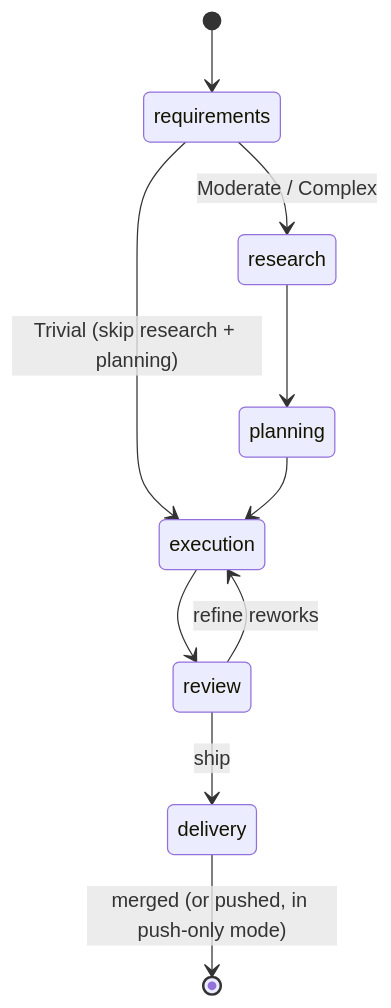
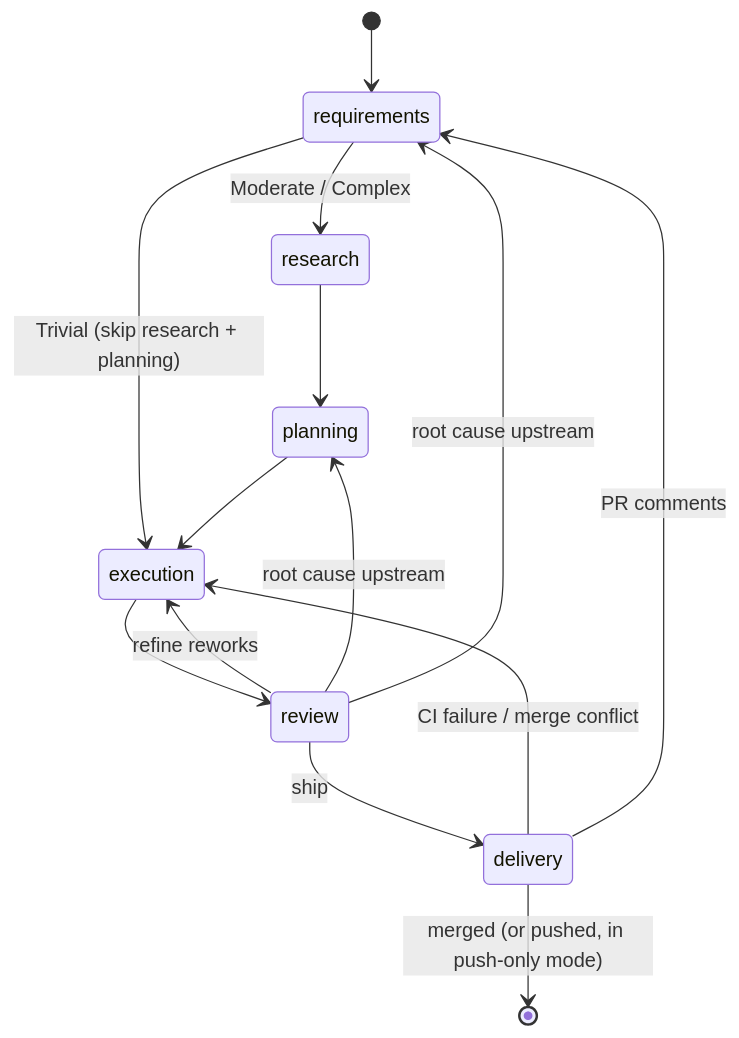
Before and after one commit to FarzamMohammadi/the-engineer: the third of 4 diagrams in docs/architecture/overview.md, drawn with Mermaid. The commit also changed other lines of this file and 32 other files, not shown here.

````diff
--- a/docs/architecture/overview.md
+++ b/docs/architecture/overview.md
@@ -104,12 +83,16 @@
 ```mermaid
 stateDiagram-v2
     [*] --> requirements
     requirements --> research : Moderate / Complex
     requirements --> execution : Trivial (skip research + planning)
     research --> planning
     planning --> execution
     execution --> review
     review --> execution : refine reworks
+    review --> planning : root cause upstream
+    review --> requirements : root cause upstream
     review --> delivery : ship
+    delivery --> execution : CI failure / merge conflict
+    delivery --> requirements : PR comments
     delivery --> [*] : merged (or pushed, in push-only mode)
 ```
````
